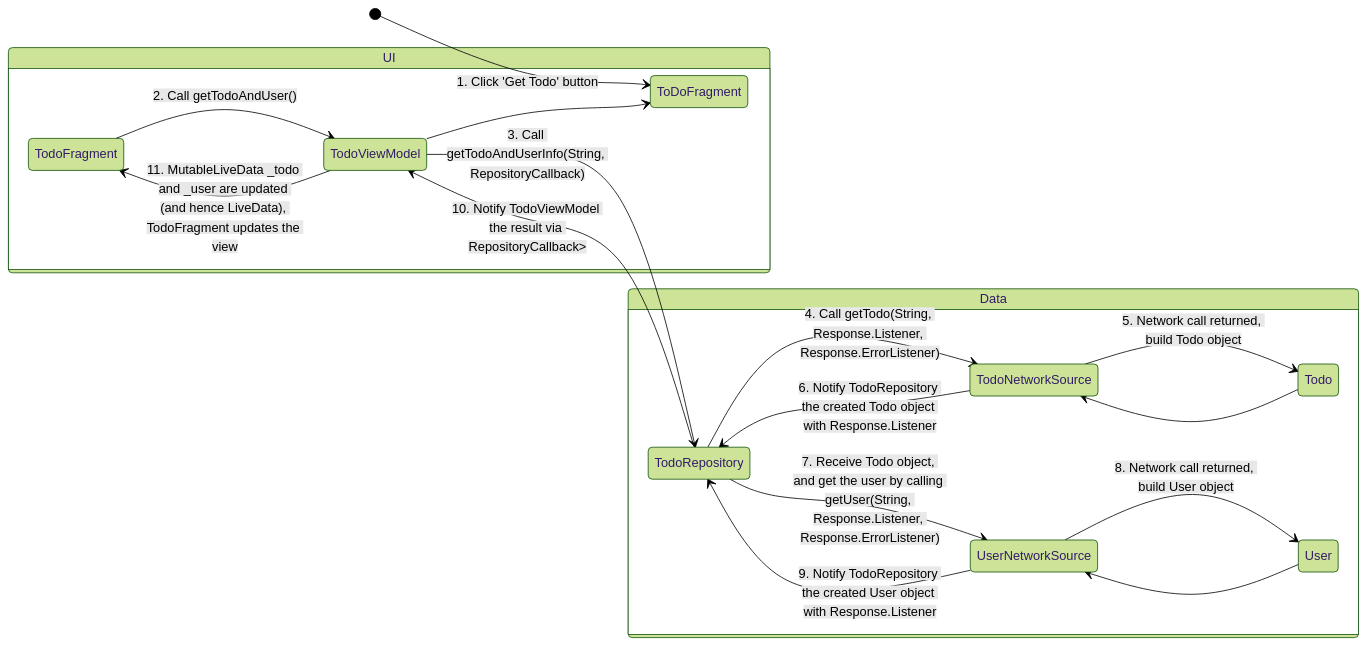
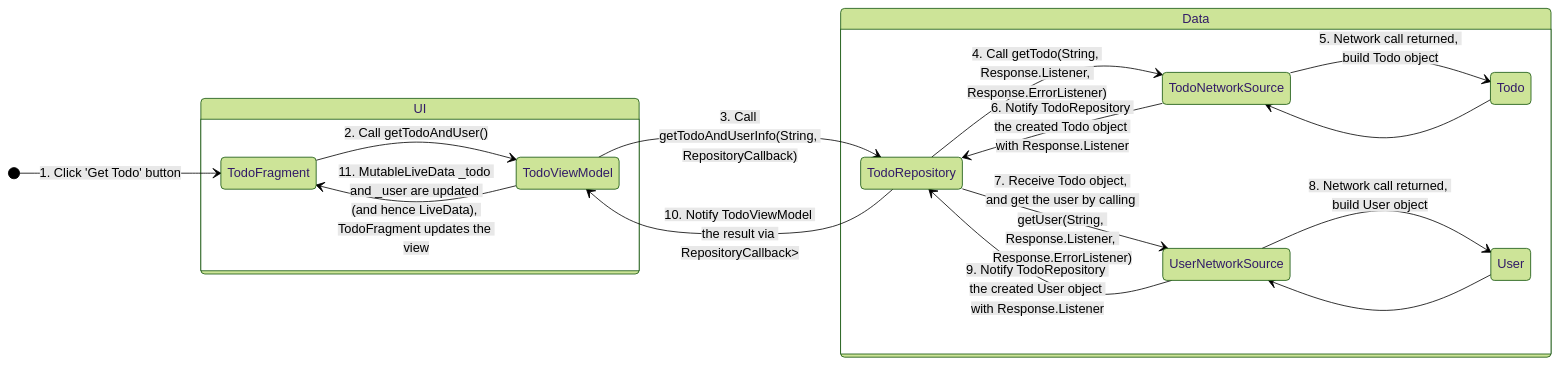
The third of 3 diagrams in Apps/SampleApp/README.md (cambridge-cares/TheWorldAvatar), drawn with Mermaid (forest theme) before and after one commit. The commit also changed other lines of this file, not shown here.

Commit message:
1786-android-documentation: fix error in todo example diagram

````diff
--- a/Apps/SampleApp/README.md
+++ b/Apps/SampleApp/README.md
@@ -87,28 +93,27 @@
 ```mermaid
   stateDiagram-v2
     direction LR
 
-    [*] --> ToDoFragment: 1. Click 'Get Todo' button
+    [*] --> TodoFragment: 1. Click 'Get Todo' button
 
     state UI {
       TodoFragment --> TodoViewModel: 2. Call getTodoAndUser()
-      TodoViewModel --> ToDoFragment
+      TodoViewModel --> TodoFragment: 11. MutableLiveData _todo and _user are updated (and hence LiveData), TodoFragment updates the view
     }
 
     TodoViewModel --> TodoRepository: 3. Call getTodoAndUserInfo(String, RepositoryCallback)
 
     state Data {
       TodoRepository --> TodoNetworkSource: 4. Call getTodo(String, Response.Listener<Todo>, Response.ErrorListener)
       TodoNetworkSource --> Todo: 5. Network call returned, build Todo object
       Todo --> TodoNetworkSource
       TodoNetworkSource --> TodoRepository: 6. Notify TodoRepository the created Todo object with Response.Listener<Todo>
 
       TodoRepository --> UserNetworkSource: 7. Receive Todo object, and get the user by calling getUser(String, Response.Listener<User>, Response.ErrorListener)
       UserNetworkSource --> User: 8. Network call returned, build User object
       User --> UserNetworkSource
       UserNetworkSource --> TodoRepository: 9. Notify TodoRepository the created User object with Response.Listener<User>
     }
 
     TodoRepository --> TodoViewModel: 10. Notify TodoViewModel the result via RepositoryCallback<Pair<Todo, User>>
-    TodoViewModel --> TodoFragment: 11. MutableLiveData _todo and _user are updated (and hence LiveData), TodoFragment updates the view
 ```
````
